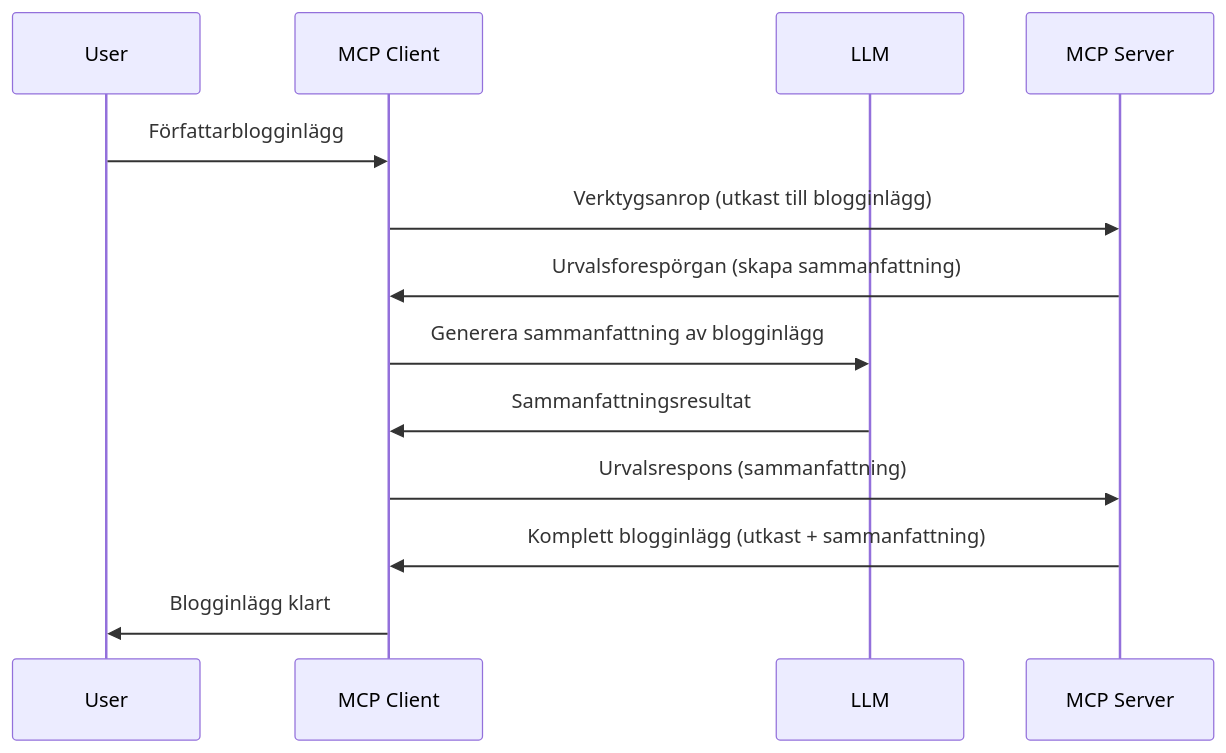
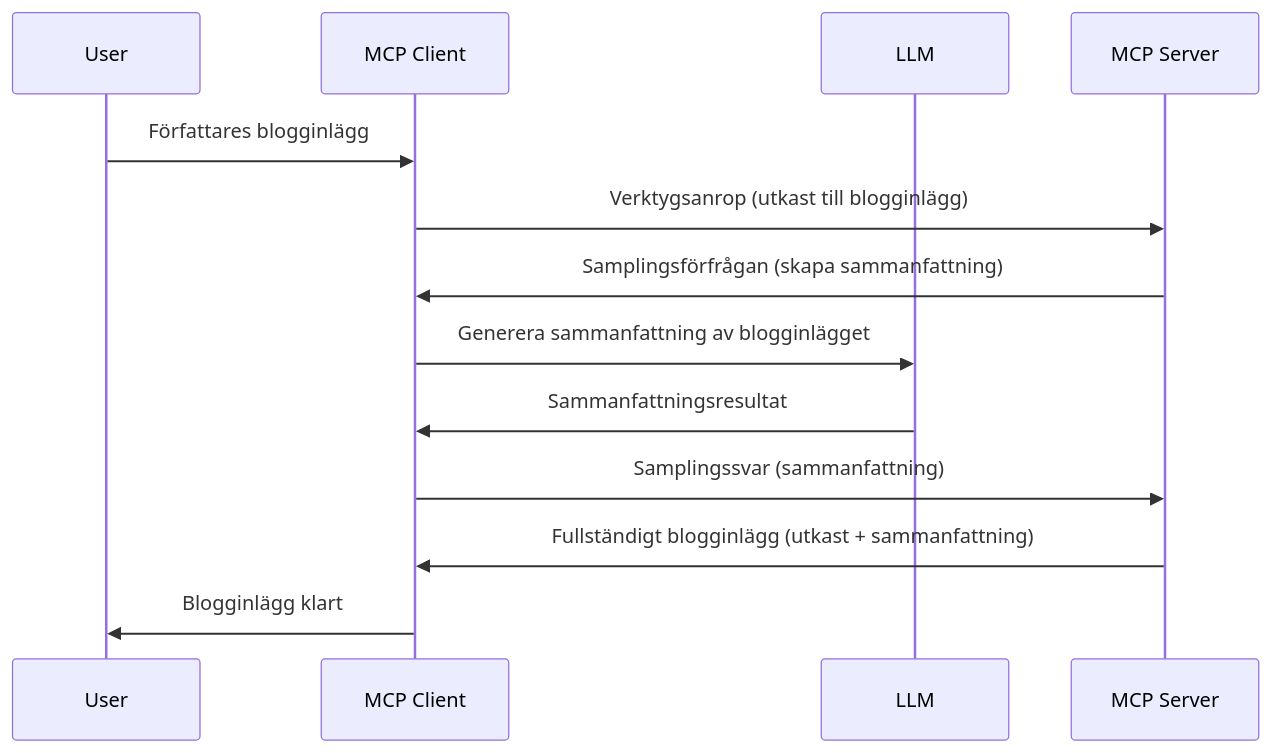
The diagram in mcp_ecosystem__model_context_protocol/mcp_learning_resources/mcp-for-beginners/translations/sv/03-GettingStarted/14-sampling/README.md (HIDORAKAI002/ai-workspace-archive), drawn with Mermaid before and after one commit. The commit also changed other lines of this file and 5721 other files, not shown here.

Commit message:
chore(sync): update MCP Python SDK, MCP TypeScript SDK, Supabase MCP, Kubernetes MCP Server, Git MCP, MCP Agent, Awesome ChatGPT Prompts, Langfuse, +62 more

````diff
--- a/mcp_ecosystem__model_context_protocol/mcp_learning_resources/mcp-for-beginners/translations/sv/03-GettingStarted/14-sampling/README.md
+++ b/mcp_ecosystem__model_context_protocol/mcp_learning_resources/mcp-for-beginners/translations/sv/03-GettingStarted/14-sampling/README.md
@@ -25,16 +27,16 @@
 ```mermaid
 sequenceDiagram
     participant User
     participant MCP Client
     participant LLM
     participant MCP Server
 
-    User->>MCP Client: Författarblogginlägg
+    User->>MCP Client: Författares blogginlägg
     MCP Client->>MCP Server: Verktygsanrop (utkast till blogginlägg)
-    MCP Server->>MCP Client: Urvalsforespörgan (skapa sammanfattning)
-    MCP Client->>LLM: Generera sammanfattning av blogginlägg
+    MCP Server->>MCP Client: Samplingsförfrågan (skapa sammanfattning)
+    MCP Client->>LLM: Generera sammanfattning av blogginlägget
     LLM->>MCP Client: Sammanfattningsresultat
-    MCP Client->>MCP Server: Urvalsrespons (sammanfattning)
-    MCP Server->>MCP Client: Komplett blogginlägg (utkast + sammanfattning)
+    MCP Client->>MCP Server: Samplingssvar (sammanfattning)
+    MCP Server->>MCP Client: Fullständigt blogginlägg (utkast + sammanfattning)
     MCP Client->>User: Blogginlägg klart
 ```
````
